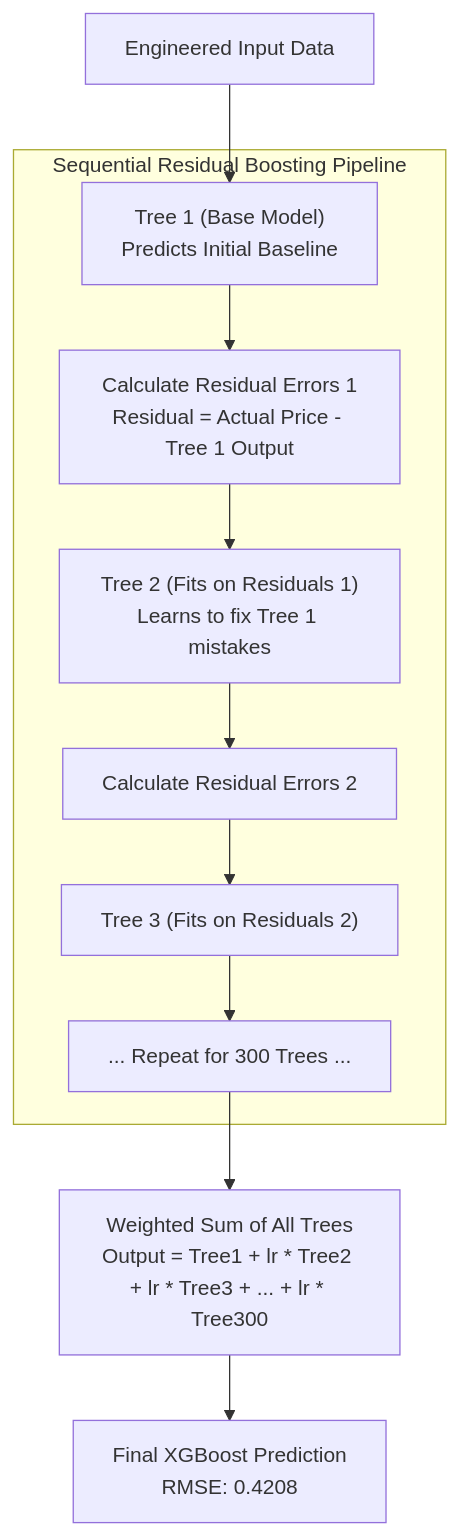
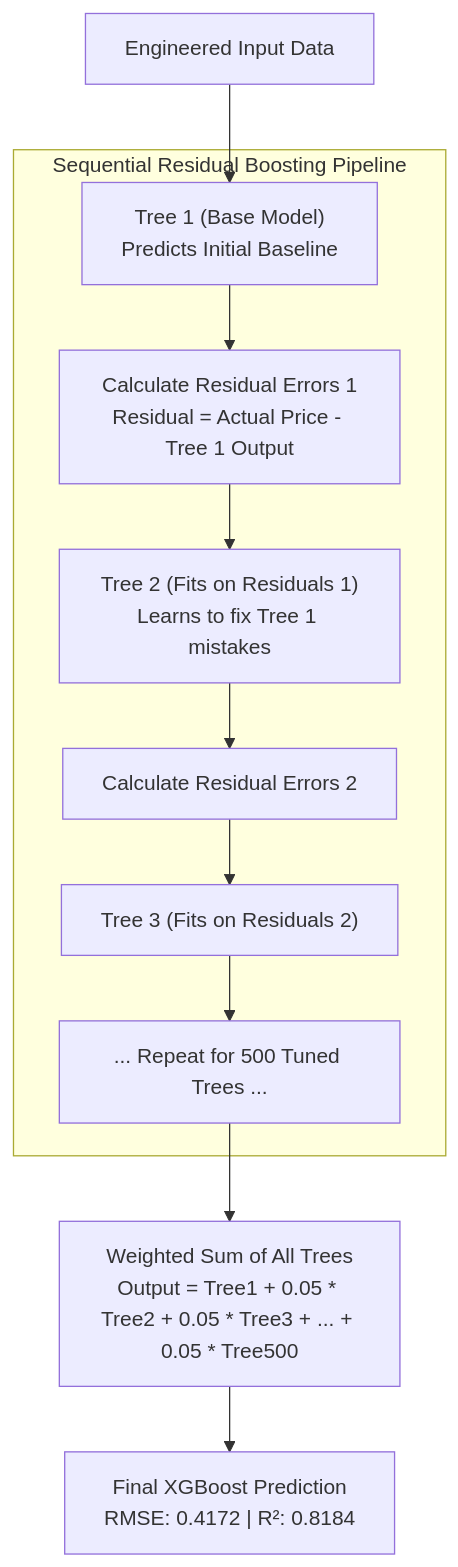
One commit to Saumojit30/mlops-base changed the second of 2 diagrams in MODEL_CARD.md. Above: the diagram before and after it, drawn with Mermaid. The commit also changed other lines of this file and 2 other files, not shown here.

Commit message:
v2.1 upgrade: Tuned XGBoost hyperparameters via RandomizedSearchCV (RMSE: 0.4172, R2: 0.8184)

````diff
--- a/MODEL_CARD.md
+++ b/MODEL_CARD.md
@@ -49,20 +50,20 @@
 ```mermaid
 flowchart TD
     %% Input Data
     Input[Engineered Input Data] --> Tree1["Tree 1 (Base Model)\nPredicts Initial Baseline"]
     
     %% Sequential Residual Learning Loop
     subgraph "Sequential Residual Boosting Pipeline"
         Tree1 --> Res1["Calculate Residual Errors 1\nResidual = Actual Price - Tree 1 Output"]
         Res1 --> Tree2["Tree 2 (Fits on Residuals 1)\nLearns to fix Tree 1 mistakes"]
         
         Tree2 --> Res2["Calculate Residual Errors 2"]
         Res2 --> Tree3["Tree 3 (Fits on Residuals 2)"]
         
-        Tree3 --> Loop["... Repeat for 300 Trees ..."]
+        Tree3 --> Loop["... Repeat for 500 Tuned Trees ..."]
     end
 
     %% Summation & Shrinkage
-    Loop --> Sum["Weighted Sum of All Trees\nOutput = Tree1 + lr * Tree2 + lr * Tree3 + ... + lr * Tree300"]
-    Sum --> FinalXGB["Final XGBoost Prediction\nRMSE: 0.4208"]
+    Loop --> Sum["Weighted Sum of All Trees\nOutput = Tree1 + 0.05 * Tree2 + 0.05 * Tree3 + ... + 0.05 * Tree500"]
+    Sum --> FinalXGB["Final XGBoost Prediction\nRMSE: 0.4172 | R²: 0.8184"]
 ```
````
